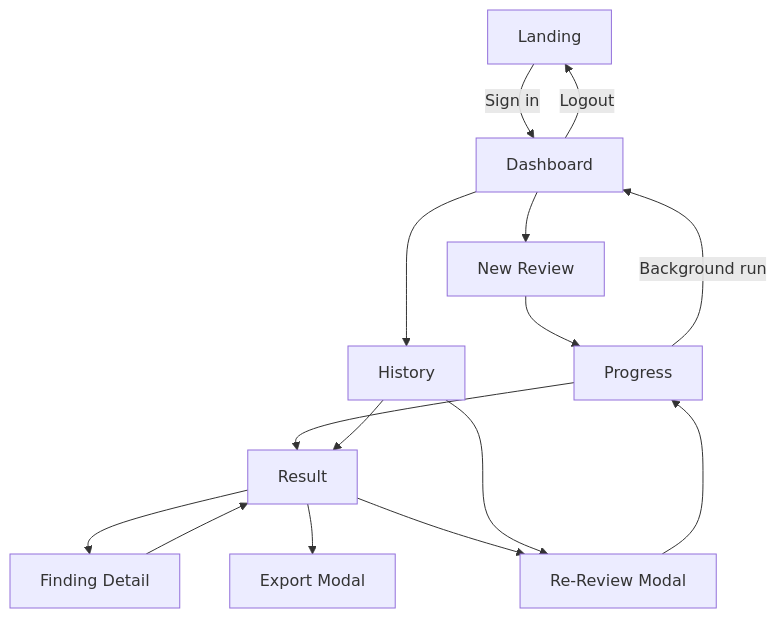
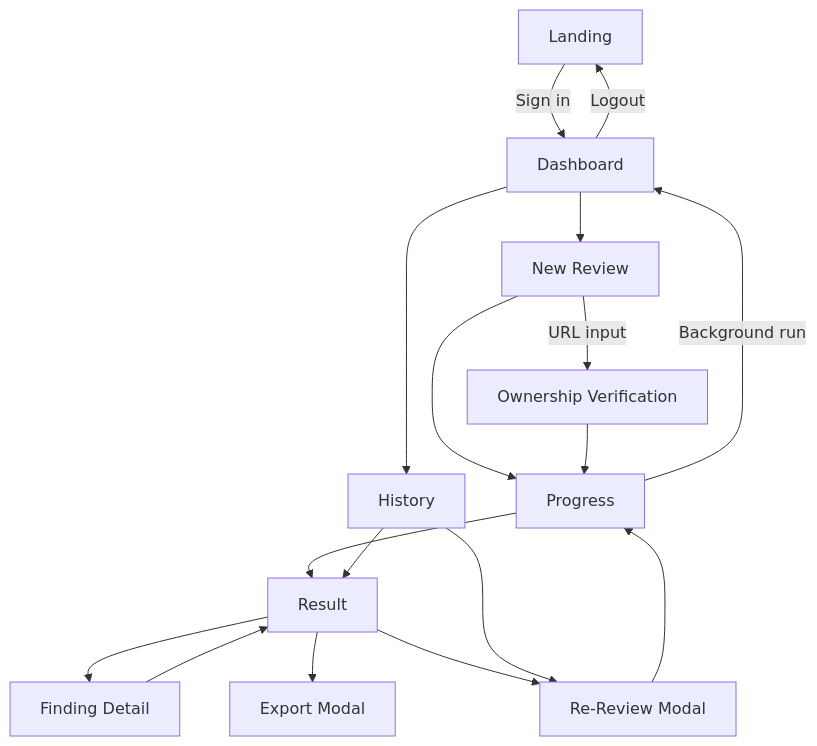
The diagram in specs/001-ai-security-reviewer-spec/spec.md (dentsusoken/ai-security-reviewer), drawn with Mermaid before and after one commit. The commit also changed other lines of this file, not shown here.

````diff
--- a/specs/001-ai-security-reviewer-spec/spec.md
+++ b/specs/001-ai-security-reviewer-spec/spec.md
@@ -496,17 +663,19 @@
 ```mermaid
 flowchart TD
   L[Landing] -->|Sign in| D[Dashboard]
   D --> N[New Review]
   D --> H[History]
   N --> P[Progress]
   P --> R[Result]
   P -->|Background run| D
   R --> F[Finding Detail]
   F --> R
   R --> E[Export Modal]
   R --> RR[Re-Review Modal]
   H --> R
   H --> RR
   RR --> P
+  N -->|URL input| OV[Ownership Verification]
+  OV --> P
   D -->|Logout| L
 ```
````
